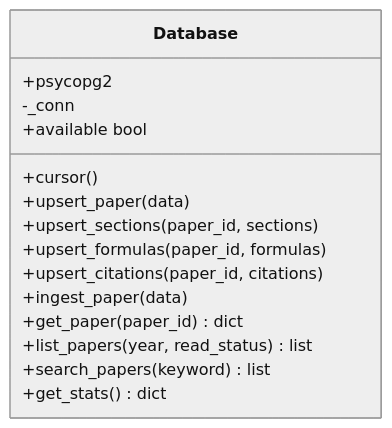
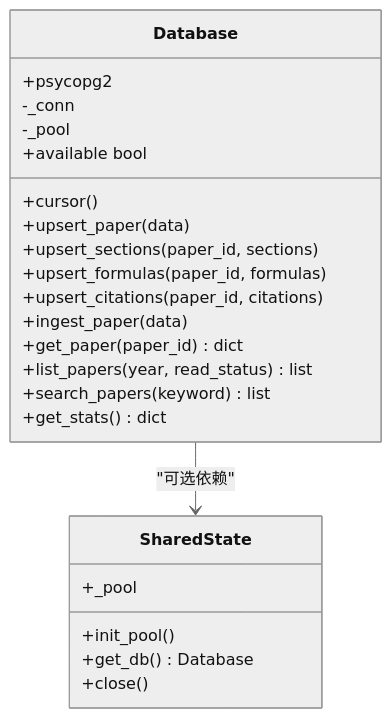
One commit to 1173591564/academic-based-qoder changed the third of 6 diagrams in .qoder/repowiki/zh/content/Python后端系统/数据库抽象层.md. Above: the diagram before and after it, drawn with Mermaid (neutral theme). The commit also changed other lines of this file and 80 other files, not shown here.

````diff
--- a/.qoder/repowiki/zh/content/Python后端系统/数据库抽象层.md
+++ b/.qoder/repowiki/zh/content/Python后端系统/数据库抽象层.md
@@ -126,18 +168,26 @@
 ```mermaid
 classDiagram
 class Database {
 +psycopg2
 -_conn
+-_pool
 +available bool
 +cursor()
 +upsert_paper(data)
 +upsert_sections(paper_id, sections)
 +upsert_formulas(paper_id, formulas)
 +upsert_citations(paper_id, citations)
 +ingest_paper(data)
 +get_paper(paper_id) dict
 +list_papers(year, read_status) list
 +search_papers(keyword) list
 +get_stats() dict
 }
+class SharedState {
++_pool
++init_pool()
++get_db() Database
++close()
+}
+Database --> SharedState : "可选依赖"
 ```
````
